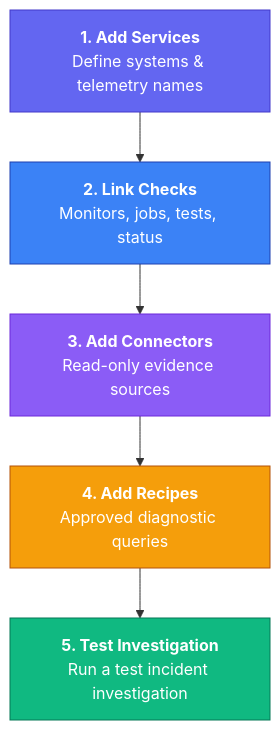
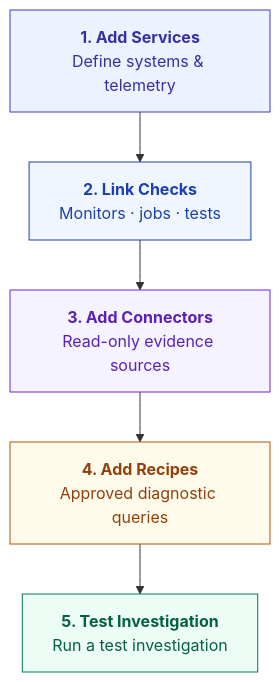
The diagram in docs/content/docs/app/admin/ai-sre-setup.mdx (supercheck-io/supercheck), drawn with Mermaid before and after one commit. The commit also changed 15 other files, not shown here.

First line of the commit message:
docs: unify diagram styling and add AI SRE to architecture (#309)

````diff
--- a/docs/content/docs/app/admin/ai-sre-setup.mdx
+++ b/docs/content/docs/app/admin/ai-sre-setup.mdx
@@ -64,13 +64,13 @@
 ```mermaid
 flowchart TD
-    Services["<b>1. Add Services</b><br/>Define systems & telemetry names"] --> Links["<b>2. Link Checks</b><br/>Monitors, jobs, tests, status"]
+    Services["<b>1. Add Services</b><br/>Define systems & telemetry"] --> Links["<b>2. Link Checks</b><br/>Monitors · jobs · tests"]
     Links --> Connectors["<b>3. Add Connectors</b><br/>Read-only evidence sources"]
     Connectors --> Recipes["<b>4. Add Recipes</b><br/>Approved diagnostic queries"]
-    Recipes --> Verify["<b>5. Test Investigation</b><br/>Run a test incident investigation"]
+    Recipes --> Verify["<b>5. Test Investigation</b><br/>Run a test investigation"]
 
-    style Services fill:#6366f1,stroke:#4338ca,color:#fff
-    style Links fill:#3b82f6,stroke:#1e40af,color:#fff
-    style Connectors fill:#8b5cf6,stroke:#6d28d9,color:#fff
-    style Recipes fill:#f59e0b,stroke:#b45309,color:#fff
-    style Verify fill:#10b981,stroke:#047857,color:#fff
+    style Services fill:#eef2ff,stroke:#4338ca,color:#3730a3
+    style Links fill:#eff6ff,stroke:#1e40af,color:#1e40af
+    style Connectors fill:#f5f3ff,stroke:#6d28d9,color:#5b21b6
+    style Recipes fill:#fffbeb,stroke:#b45309,color:#92400e
+    style Verify fill:#ecfdf5,stroke:#047857,color:#065f46
 ```
````
